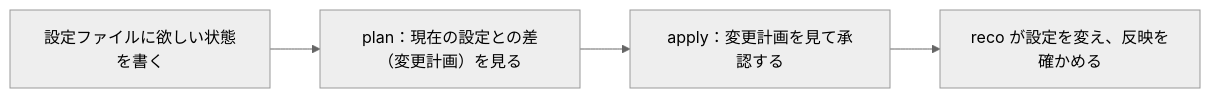
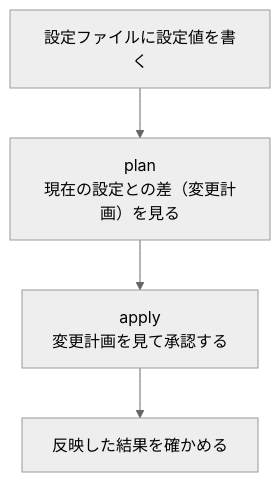
One commit to tmknom/reco changed the diagram in docs/user-guide/overview.md. Above: the diagram before and after it, drawn with Mermaid (neutral theme). The commit also changed other lines of this file and 18 other files, not shown here.

````diff
--- a/docs/user-guide/overview.md
+++ b/docs/user-guide/overview.md
@@ -24,6 +24,6 @@
 ```mermaid
-flowchart LR
-    W[設定ファイルに欲しい状態を書く] --> P["plan：現在の設定との差（変更計画）を見る"]
-    P --> A["apply：変更計画を見て承認する"]
-    A --> U[reco が設定を変え、反映を確かめる]
+flowchart TB
+    W[設定ファイルに設定値を書く] --> P["plan<br>現在の設定との差（変更計画）を見る"]
+    P --> A["apply<br>変更計画を見て承認する"]
+    A --> U[反映した結果を確かめる]
 ```
````
